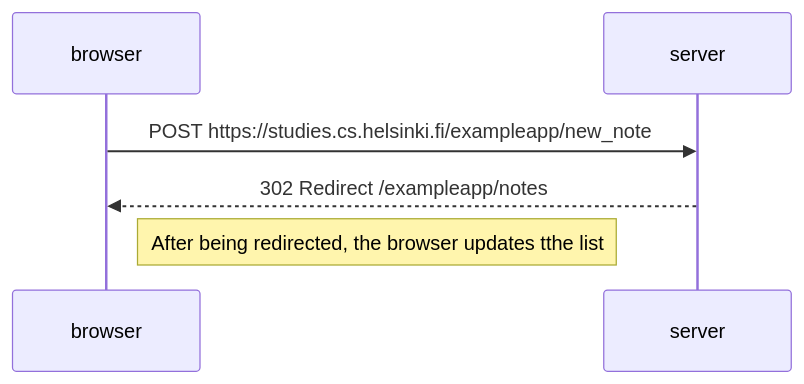
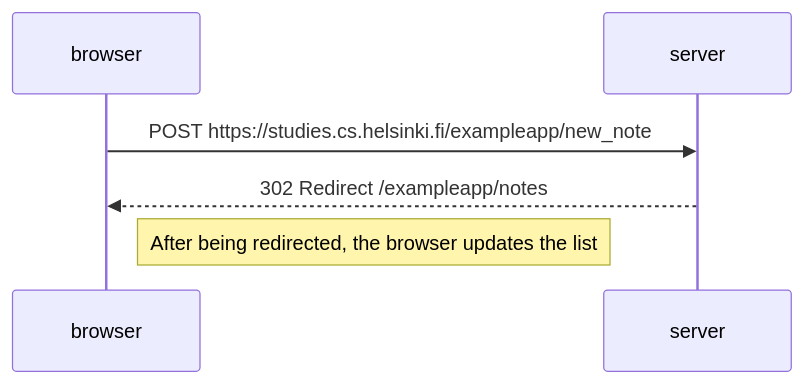
Before and after one commit to Silas310/fullstackopen-exercises: the diagram in part0/0.4-exercise.md, drawn with Mermaid.

Commit message:
fix typo in exercise markdown

````diff
--- a/part0/0.4-exercise.md
+++ b/part0/0.4-exercise.md
@@ -1,6 +1,6 @@
 ```mermaid
 sequenceDiagram
     browser->>server:POST https://studies.cs.helsinki.fi/exampleapp/new_note
     server-->>browser: 302 Redirect /exampleapp/notes
-    Note right of browser: After being redirected, the browser updates tthe list
+    Note right of browser: After being redirected, the browser updates the list
 ```
````
